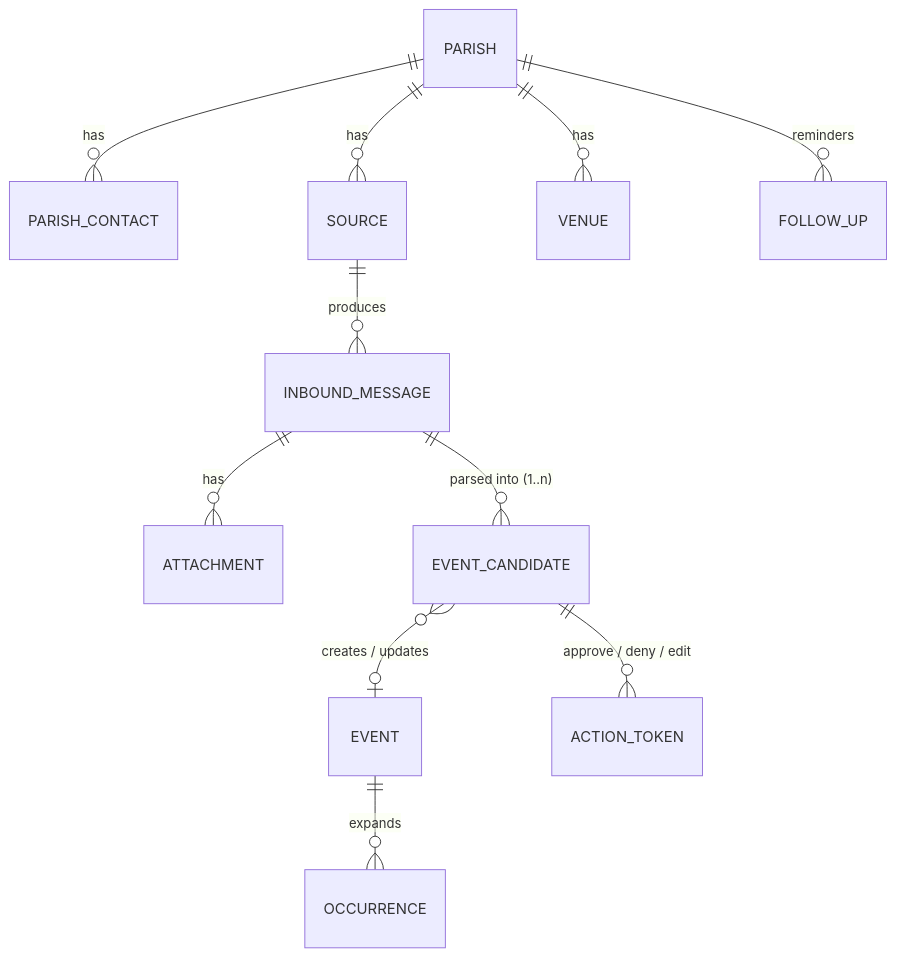
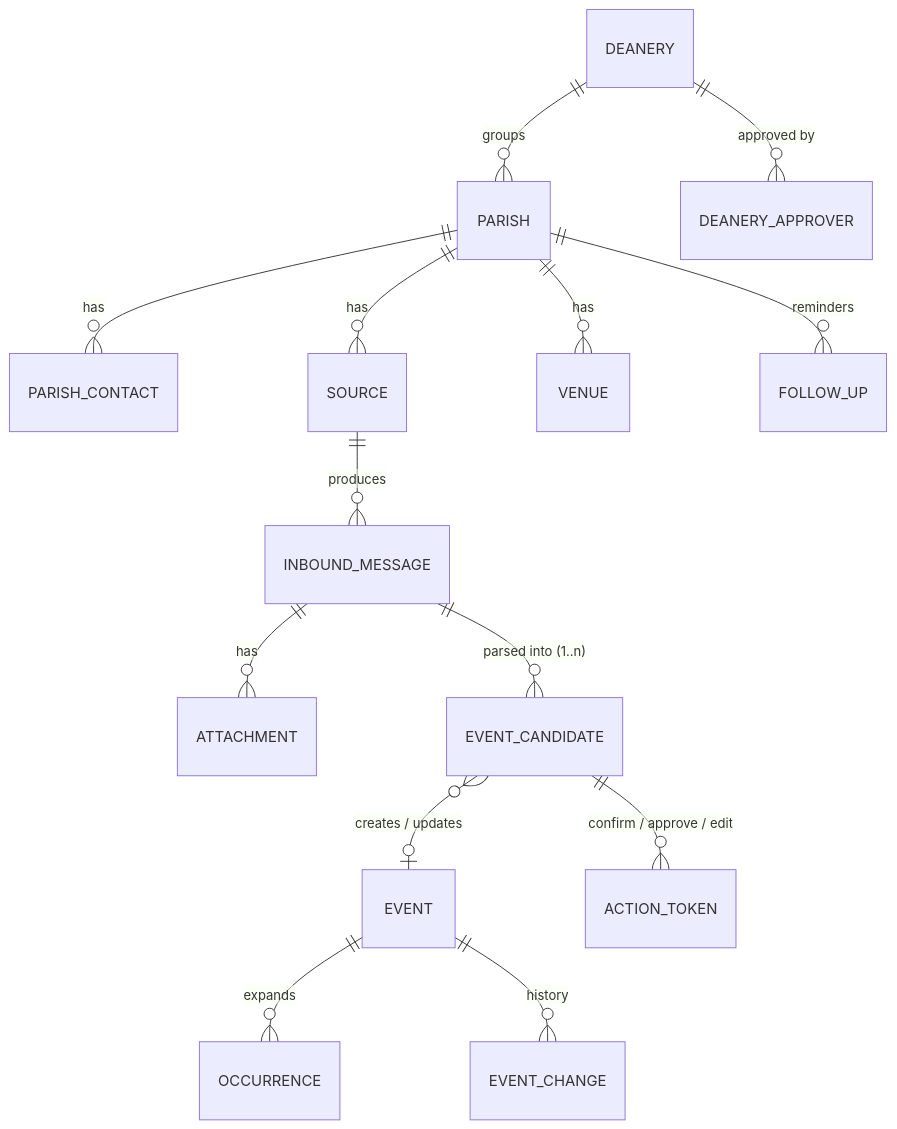
Before and after one commit to Archdiocese-of-Cape-Town/adct.org.za: the first of 3 diagrams in docs/data-model.md, drawn with Mermaid. The commit also changed other lines of this file and 11 other files, not shown here.

````diff
--- a/docs/data-model.md
+++ b/docs/data-model.md
@@ -9,13 +9,16 @@
 ```mermaid
 erDiagram
+    DEANERY ||--o{ PARISH : groups
+    DEANERY ||--o{ DEANERY_APPROVER : "approved by"
     PARISH ||--o{ PARISH_CONTACT : has
     PARISH ||--o{ SOURCE : has
     PARISH ||--o{ VENUE : has
     SOURCE ||--o{ INBOUND_MESSAGE : produces
     INBOUND_MESSAGE ||--o{ ATTACHMENT : has
     INBOUND_MESSAGE ||--o{ EVENT_CANDIDATE : "parsed into (1..n)"
     EVENT_CANDIDATE }o--o| EVENT : "creates / updates"
     EVENT ||--o{ OCCURRENCE : expands
-    EVENT_CANDIDATE ||--o{ ACTION_TOKEN : "approve / deny / edit"
+    EVENT ||--o{ EVENT_CHANGE : "history"
+    EVENT_CANDIDATE ||--o{ ACTION_TOKEN : "confirm / approve / edit"
     PARISH ||--o{ FOLLOW_UP : reminders
 ```
````
